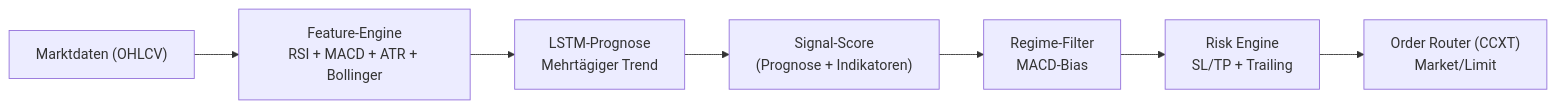
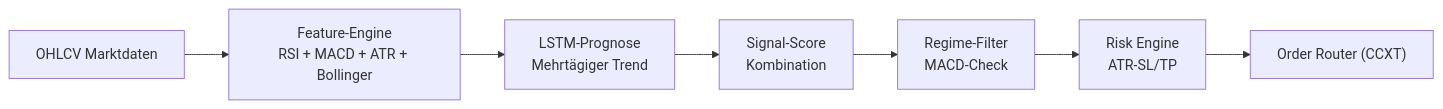
Before and after one commit to Youra82/jaegerbot: the diagram in README.md, drawn with Mermaid. The commit also changed other lines of this file and 1 other file, not shown here.

````diff
--- a/README.md
+++ b/README.md
@@ -31,12 +32,13 @@
 ```mermaid
 flowchart LR
-    A["Marktdaten (OHLCV)"]
+    A["OHLCV Marktdaten"]
     B["Feature-Engine<br/>RSI + MACD + ATR + Bollinger"]
     C["LSTM-Prognose<br/>Mehrtägiger Trend"]
-    D["Signal-Score<br/>(Prognose + Indikatoren)"]
-    E["Regime-Filter<br/>MACD-Bias"]
-    F["Risk Engine<br/>SL/TP + Trailing"]
-    G["Order Router (CCXT)<br/>Market/Limit"]
+    D["Signal-Score<br/>Kombination"]
+    E["Regime-Filter<br/>MACD-Check"]
+    F["Risk Engine<br/>ATR-SL/TP"]
+    G["Order Router (CCXT)"]
 
-    A --> B --> C --> D --> E --> F --> G
+    A --> B --> C --> D --> E
+    E --> F --> G
 ```
````
